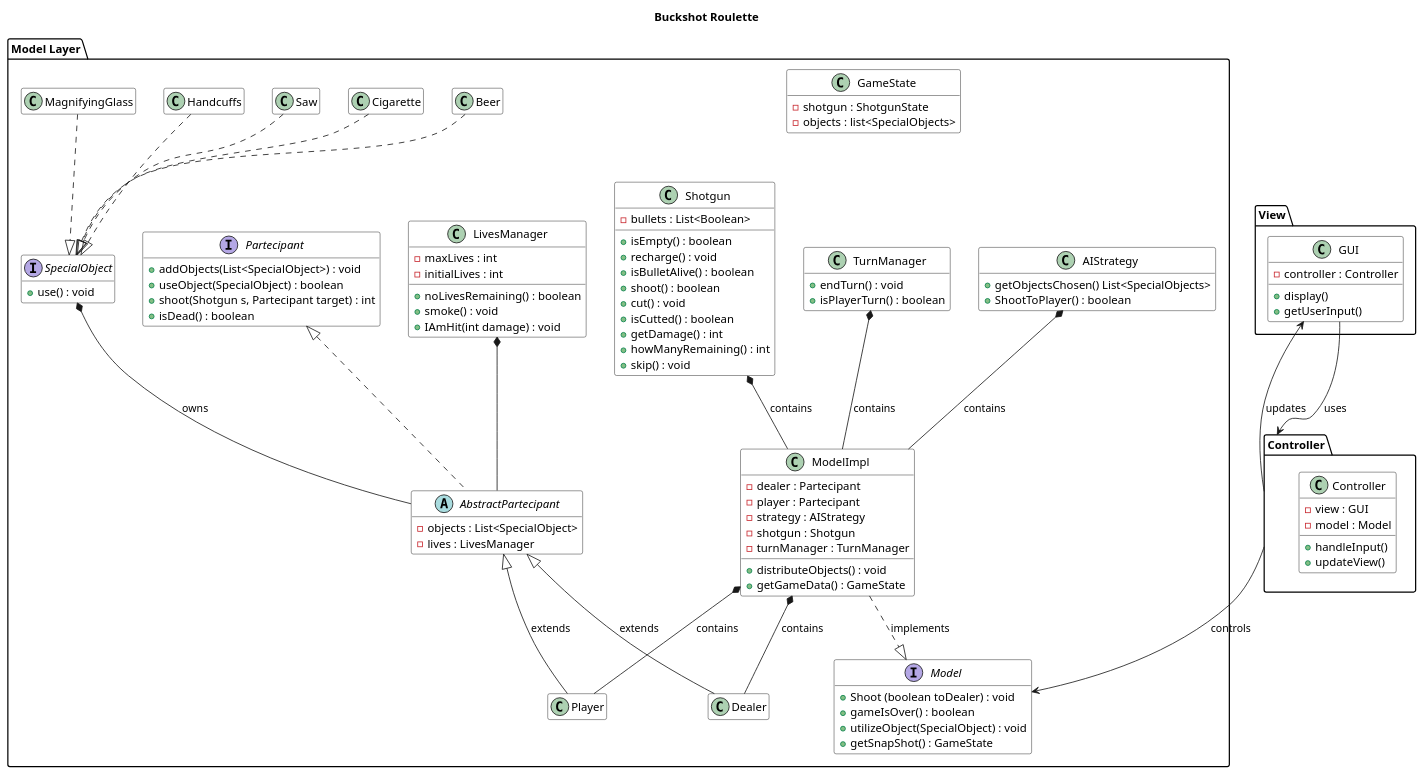
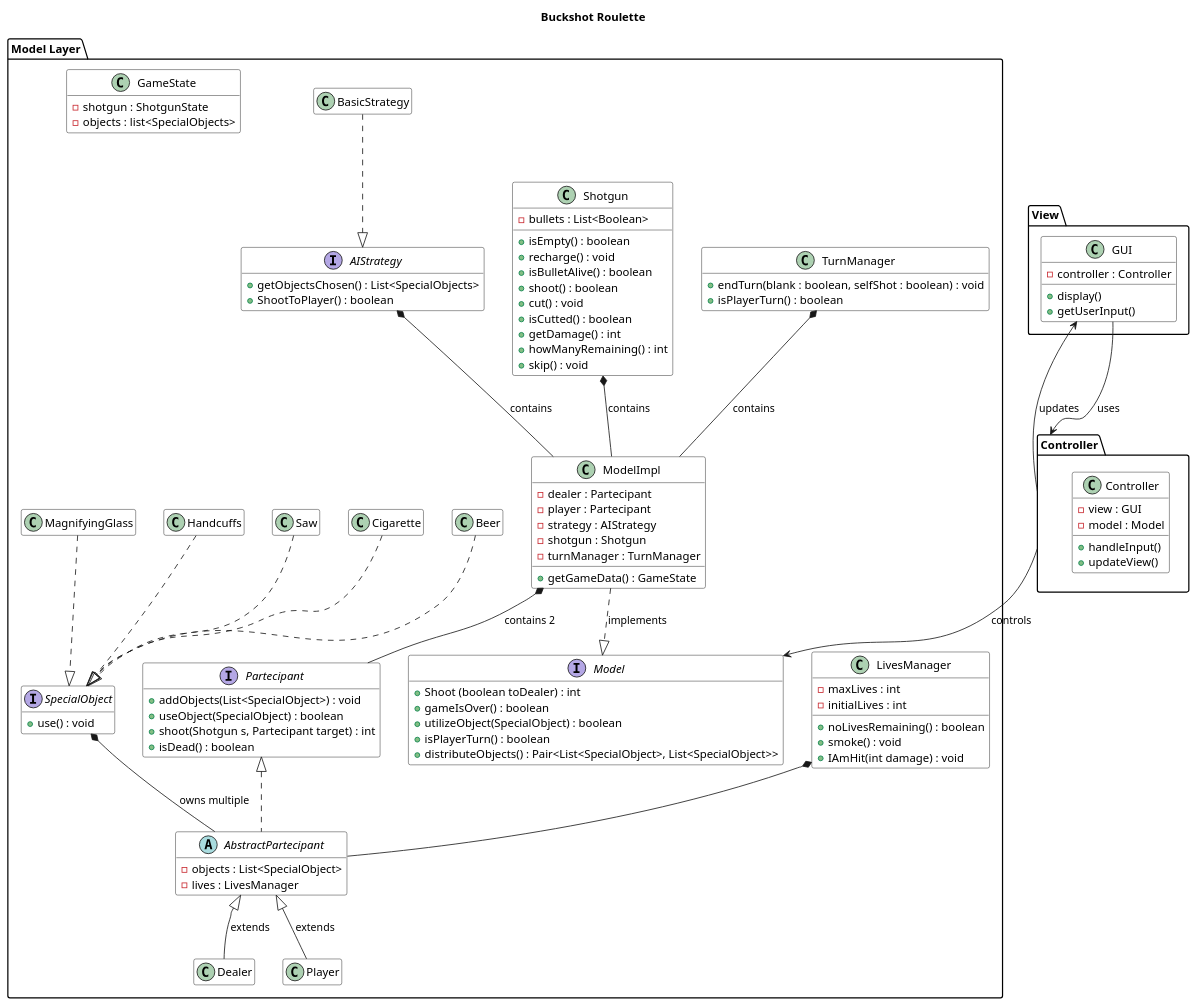
The diagram in docs/UML/UML.puml (Farios0/BuckShot-OOP), drawn with PlantUML before and after one commit. The commit also changed 4 other files, not shown here.

```diff
--- a/docs/UML/UML.puml
+++ b/docs/UML/UML.puml
@@ -1,152 +1,157 @@
 @startuml Buckshot Roulette
 title Buckshot Roulette
 skinparam {
   ClassBackgroundColor White
   ClassBorderColor Black
   FontSize 12
   TitleFontSize 14
   TitleFontStyle bold
 }
 
 hide empty members
 
 package "Model Layer" {
     interface Model {
-        + Shoot (boolean toDealer) : void
+        + Shoot (boolean toDealer) : int
         + gameIsOver() : boolean
-        + utilizeObject(SpecialObject) : void
-        + getSnapShot() : GameState
+        + utilizeObject(SpecialObject) : boolean
+        + isPlayerTurn() : boolean
+        + distributeObjects() : Pair<List<SpecialObject>, List<SpecialObject>>
     }
   
     class ModelImpl {
-        + distributeObjects() : void
+        
         + getGameData() : GameState
         - dealer : Partecipant
         - player : Partecipant
         - strategy : AIStrategy
         - shotgun : Shotgun
         - turnManager : TurnManager
     }
   
     ModelImpl ..|> Model : implements
 
 
 
     interface Partecipant {
         + addObjects(List<SpecialObject>) : void
         + useObject(SpecialObject) : boolean
         + shoot(Shotgun s, Partecipant target) : int
         + isDead() : boolean
     }
 
     abstract class AbstractPartecipant  {
         - objects : List<SpecialObject>
         - lives : LivesManager 
     }
 
     class TurnManager {
-      + endTurn() : void
+      + endTurn(blank : boolean, selfShot : boolean) : void
       + isPlayerTurn() : boolean
     }
     
     class Dealer {
         
     }
     
     class Player {
         
     }
     
     AbstractPartecipant <|-- Dealer : extends
     AbstractPartecipant <|-- Player : extends
     Partecipant <|.. AbstractPartecipant
 
     interface SpecialObject {
     + use() : void
     }
 
     class LivesManager {
         - maxLives : int
         - initialLives : int
         + noLivesRemaining() : boolean
         + smoke() : void
         + IAmHit(int damage) : void
     }
 
     class Shotgun {
         - bullets : List<Boolean>
         + isEmpty() : boolean
         + recharge() : void
         + isBulletAlive() : boolean
         + shoot() : boolean
         + cut() : void
         + isCutted() : boolean
         + getDamage() : int
         + howManyRemaining() : int
         + skip() : void
     }
 
-    Class AIStrategy {
-       + getObjectsChosen() List<SpecialObjects>
-       + ShootToPlayer() : boolean
+    Interface AIStrategy {
+        + getObjectsChosen() : List<SpecialObjects>
+        + ShootToPlayer() : boolean
+    }
+
+    class BasicStrategy {
+
     }
     
     class GameState {
         - shotgun : ShotgunState
         - objects : list<SpecialObjects>
     }
 
     class Beer {
 
     }
 
     class Cigarette {
 
     }
 
     class Saw {
 
     }
 
     class Handcuffs {
 
     }
 
     class MagnifyingGlass {
 
     }
 }
 package "Controller" {
   class Controller {
     - view : GUI
     - model : Model
     + handleInput()
     + updateView()
   }
 }  
 
 package "View" {
   class GUI {
     - controller : Controller
     + display()
     + getUserInput()
   }
 }
 
-ModelImpl *-- Dealer : contains
-ModelImpl *-- Player : contains
-SpecialObject *-- AbstractPartecipant : owns
+ModelImpl *-- Partecipant : contains 2
+SpecialObject *-- AbstractPartecipant : owns multiple
 LivesManager *-- AbstractPartecipant
 Controller --> Model : controls
 GUI --> Controller : uses
 Controller --> GUI : updates
 Shotgun *--down ModelImpl : contains
 AIStrategy *-- ModelImpl : contains
 TurnManager *-- ModelImpl : contains
 Beer ..|> SpecialObject
 Handcuffs ..|> SpecialObject
 Cigarette ..|> SpecialObject
 MagnifyingGlass ..|> SpecialObject
 Saw ..|> SpecialObject
+BasicStrategy ..|> AIStrategy
 
 @enduml
```
